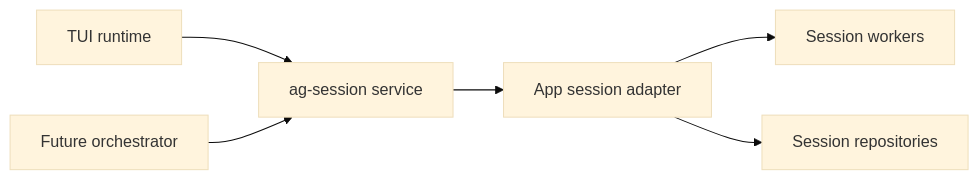
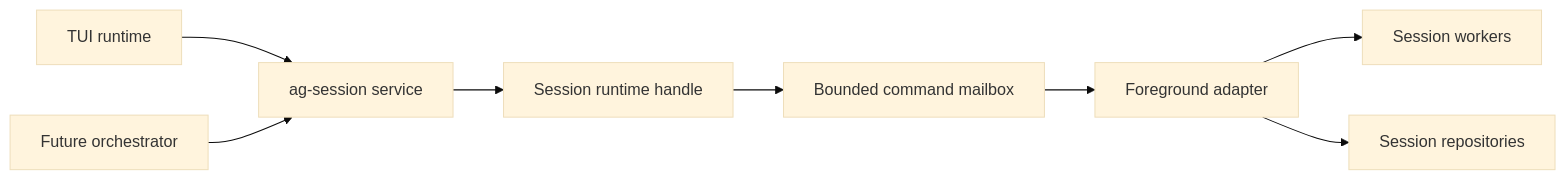
Before and after one commit to agentty-xyz/agentty: the second of 3 diagrams in docs/site/content/docs/architecture/runtime-flow.md, drawn with Mermaid (base theme). The commit also changed other lines of this file and 27 other files, not shown here.

First line of the commit message:
Routes session operations through a foreground runtime

````diff
--- a/docs/site/content/docs/architecture/runtime-flow.md
+++ b/docs/site/content/docs/architecture/runtime-flow.md
@@ -189,15 +222,19 @@
 ```mermaid
 flowchart LR
   tui["TUI runtime"]
   future["Future orchestrator"]
   api["ag-session service"]
-  adapter["App session adapter"]
+  handle["Session runtime handle"]
+  mailbox["Bounded command mailbox"]
+  adapter["Foreground adapter"]
   workers["Session workers"]
   repos["Session repositories"]
 
   tui --> api
   future --> api
-  api --> adapter
+  api --> handle
+  handle --> mailbox
+  mailbox --> adapter
   adapter --> workers
   adapter --> repos
 ```
````
